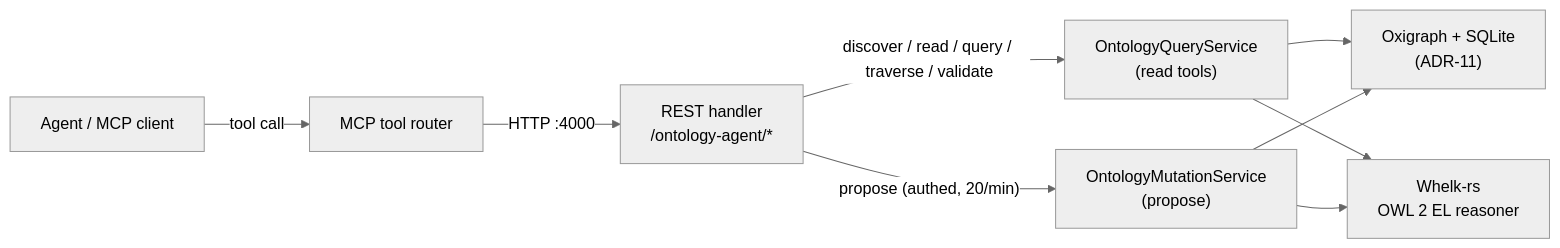
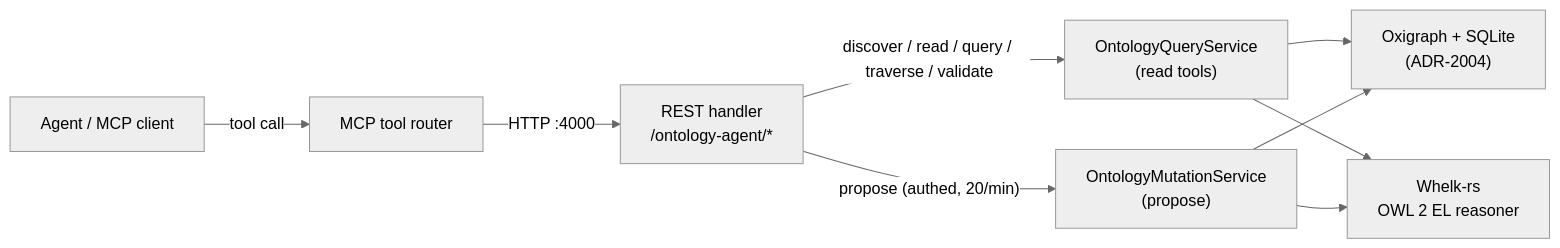
Before and after one commit to DreamLab-AI/AR-AI-Knowledge-Graph: the diagram in docs/reference/mcp-tools.md, drawn with Mermaid (neutral theme). The commit also changed other lines of this file and 143 other files, not shown here.

````diff
--- a/docs/reference/mcp-tools.md
+++ b/docs/reference/mcp-tools.md
@@ -62,18 +62,18 @@
 ```mermaid
 flowchart LR
     AGENT["Agent / MCP client"]
     ROUTER["MCP tool router"]
     REST["REST handler<br/>/ontology-agent/*"]
     QSVC["OntologyQueryService<br/>(read tools)"]
     MSVC["OntologyMutationService<br/>(propose)"]
-    OXI["Oxigraph + SQLite<br/>(ADR-11)"]
+    OXI["Oxigraph + SQLite<br/>(ADR-2004)"]
     WHELK["Whelk-rs<br/>OWL 2 EL reasoner"]
     AGENT -->|"tool call"| ROUTER
     ROUTER -->|"HTTP :4000"| REST
     REST -->|"discover / read / query / traverse / validate"| QSVC
     REST -->|"propose (authed, 20/min)"| MSVC
     QSVC --> OXI
     QSVC --> WHELK
     MSVC --> OXI
     MSVC --> WHELK
 ```
````
